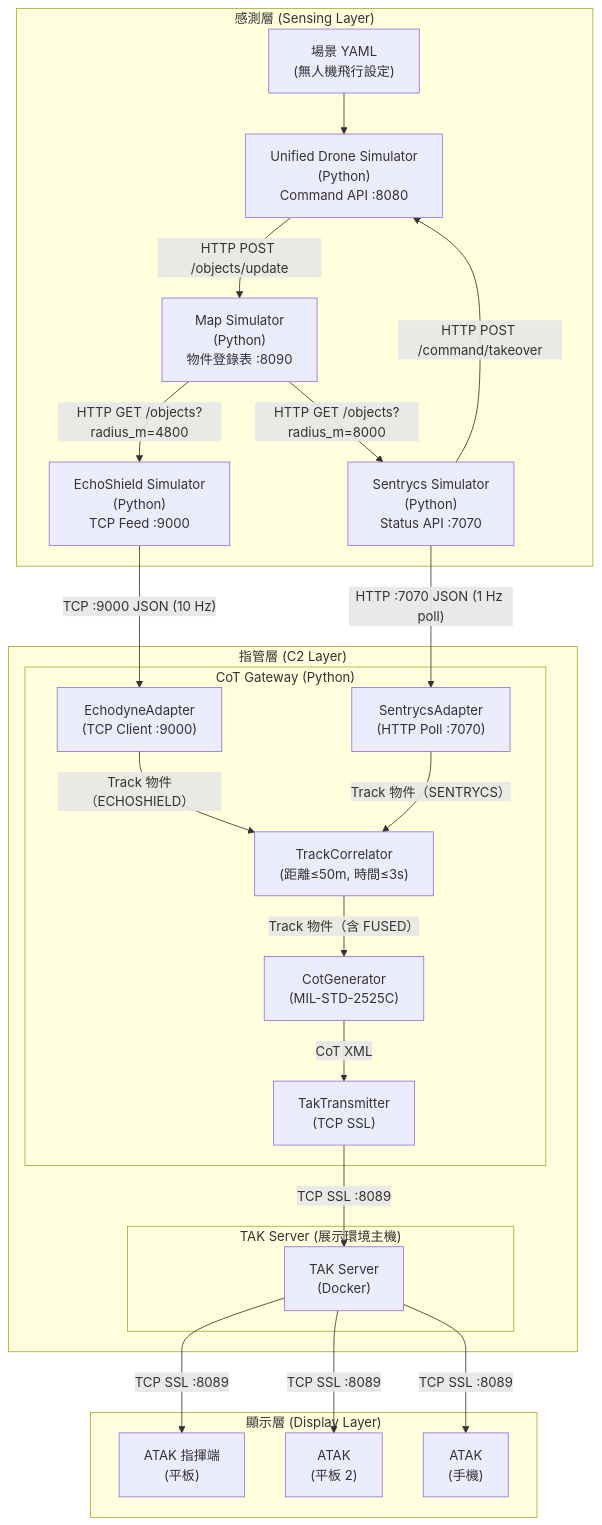
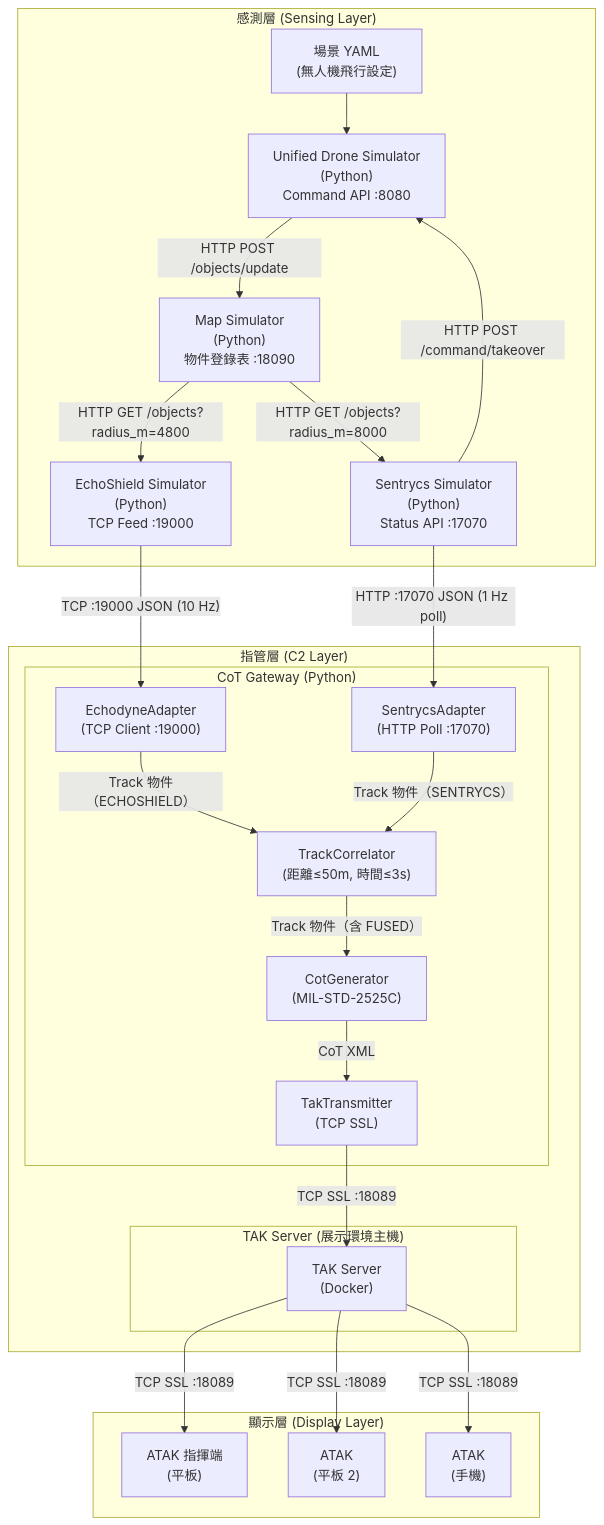
The first of 4 diagrams in docs/system-docs/01-system-architecture.md (aplool-tw/cics-tak-demo), drawn with Mermaid before and after one commit. The commit also changed other lines of this file and 123 other files, not shown here.

````diff
--- a/docs/system-docs/01-system-architecture.md
+++ b/docs/system-docs/01-system-architecture.md
@@ -53,46 +53,46 @@
 ```mermaid
 
 flowchart TB
     subgraph SENSE["感測層 (Sensing Layer)"]
         UDS["Unified Drone Simulator\n(Python)\nCommand API :8080"]
-        MS["Map Simulator\n(Python)\n物件登錄表 :8090"]
-        ES_SIM["EchoShield Simulator\n(Python)\nTCP Feed :9000"]
-        SC["Sentrycs Simulator\n(Python)\nStatus API :7070"]
+        MS["Map Simulator\n(Python)\n物件登錄表 :18090"]
+        ES_SIM["EchoShield Simulator\n(Python)\nTCP Feed :19000"]
+        SC["Sentrycs Simulator\n(Python)\nStatus API :17070"]
         DS["場景 YAML\n(無人機飛行設定)"]
     end
 
     subgraph C2["指管層 (C2 Layer)"]
         subgraph GW["CoT Gateway (Python)"]
-            EA["EchodyneAdapter\n(TCP Client :9000)"]
-            SA["SentrycsAdapter\n(HTTP Poll :7070)"]
+            EA["EchodyneAdapter\n(TCP Client :19000)"]
+            SA["SentrycsAdapter\n(HTTP Poll :17070)"]
             TC["TrackCorrelator\n(距離≤50m, 時間≤3s)"]
             CG["CotGenerator\n(MIL-STD-2525C)"]
             TT["TakTransmitter\n(TCP SSL)"]
         end
         subgraph TAK["TAK Server (展示環境主機)"]
             TAKSVR["TAK Server\n(Docker)"]
         end
     end
 
     subgraph DISPLAY["顯示層 (Display Layer)"]
         ATAK_C["ATAK 指揮端\n(平板)"]
         ATAK_T["ATAK\n(平板 2)"]
         ATAK_P["ATAK\n(手機)"]
     end
 
     DS --> UDS
     UDS -->|"HTTP POST /objects/update"| MS
     MS -->|"HTTP GET /objects?radius_m=4800"| ES_SIM
     MS -->|"HTTP GET /objects?radius_m=8000"| SC
     SC -->|"HTTP POST /command/takeover"| UDS
-    ES_SIM -->|"TCP :9000 JSON (10 Hz)"| EA
-    SC -->|"HTTP :7070 JSON (1 Hz poll)"| SA
+    ES_SIM -->|"TCP :19000 JSON (10 Hz)"| EA
+    SC -->|"HTTP :17070 JSON (1 Hz poll)"| SA
     SA -->|Track 物件（SENTRYCS）| TC
     EA -->|Track 物件（ECHOSHIELD）| TC
     TC -->|Track 物件（含 FUSED）| CG
     CG -->|CoT XML| TT
-    TT -->|"TCP SSL :8089"| TAKSVR
-    TAKSVR -->|"TCP SSL :8089"| ATAK_C
-    TAKSVR -->|"TCP SSL :8089"| ATAK_T
-    TAKSVR -->|"TCP SSL :8089"| ATAK_P
+    TT -->|"TCP SSL :18089"| TAKSVR
+    TAKSVR -->|"TCP SSL :18089"| ATAK_C
+    TAKSVR -->|"TCP SSL :18089"| ATAK_T
+    TAKSVR -->|"TCP SSL :18089"| ATAK_P
 ```
````
